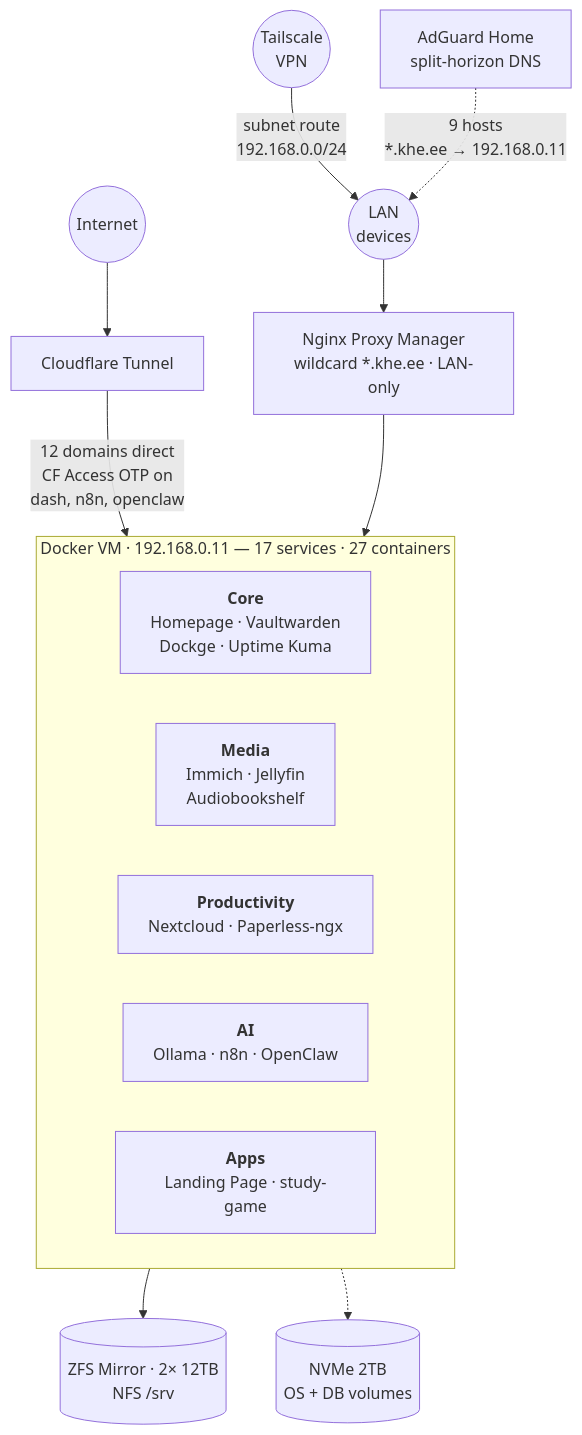
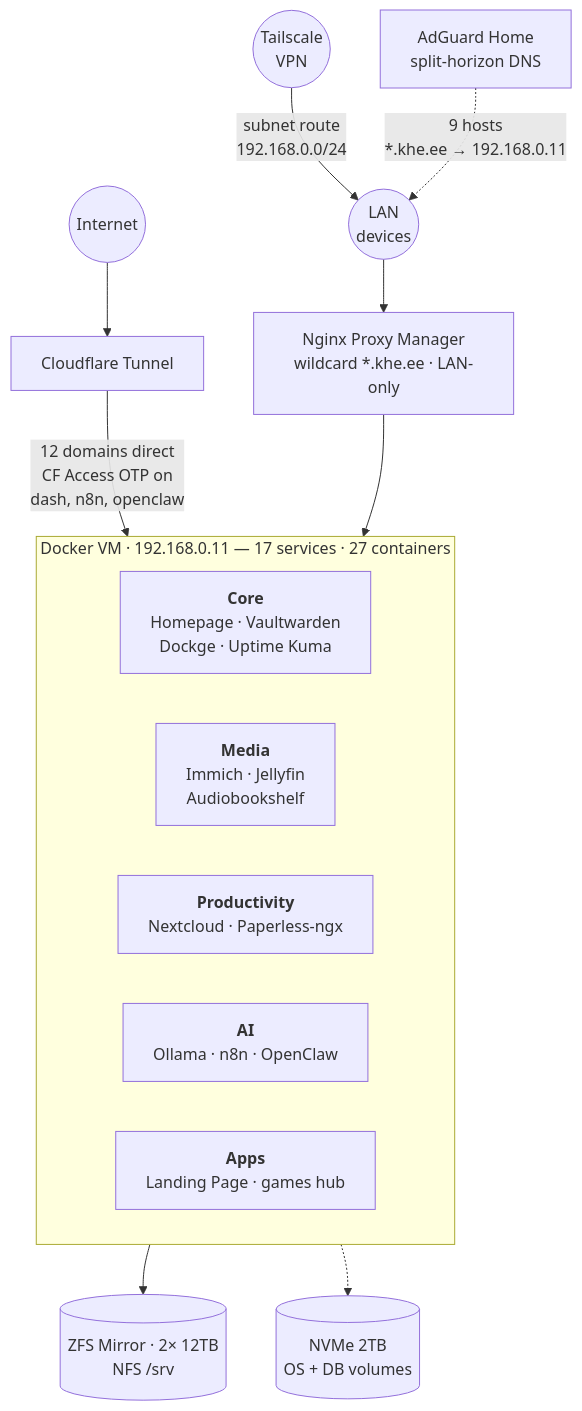
One commit to khelias/khe-homelab changed the diagram in README.md. Above: the diagram before and after it, drawn with Mermaid. The commit also changed other lines of this file and 5 other files, not shown here.

Commit message:
games hub cutover: remove old study-game stack, update docs

````diff
--- a/README.md
+++ b/README.md
@@ -7,26 +7,26 @@
 ```mermaid
 graph TB
     Internet((Internet))
     VPN((Tailscale<br/>VPN))
     LAN((LAN<br/>devices))
 
     Internet --> CF[Cloudflare Tunnel]
     VPN -->|subnet route<br/>192.168.0.0/24| LAN
     AG[AdGuard Home<br/>split-horizon DNS] -.->|9 hosts<br/>*.khe.ee → 192.168.0.11| LAN
     LAN --> NPM[Nginx Proxy Manager<br/>wildcard *.khe.ee · LAN-only]
 
     CF -->|12 domains direct<br/>CF Access OTP on<br/>dash, n8n, openclaw| DVM
     NPM --> DVM
 
     subgraph DVM[Docker VM · 192.168.0.11 — 17 services · 27 containers]
         direction LR
         Core["<b>Core</b><br/>Homepage · Vaultwarden<br/>Dockge · Uptime Kuma"]
         Media["<b>Media</b><br/>Immich · Jellyfin<br/>Audiobookshelf"]
         Prod["<b>Productivity</b><br/>Nextcloud · Paperless-ngx"]
         AI["<b>AI</b><br/>Ollama · n8n · OpenClaw"]
-        Apps["<b>Apps</b><br/>Landing Page · study-game"]
+        Apps["<b>Apps</b><br/>Landing Page · games hub"]
     end
 
     DVM --> HDD[(ZFS Mirror · 2× 12TB<br/>NFS /srv)]
     DVM -.-> NVMe[(NVMe 2TB<br/>OS + DB volumes)]
 ```
````
